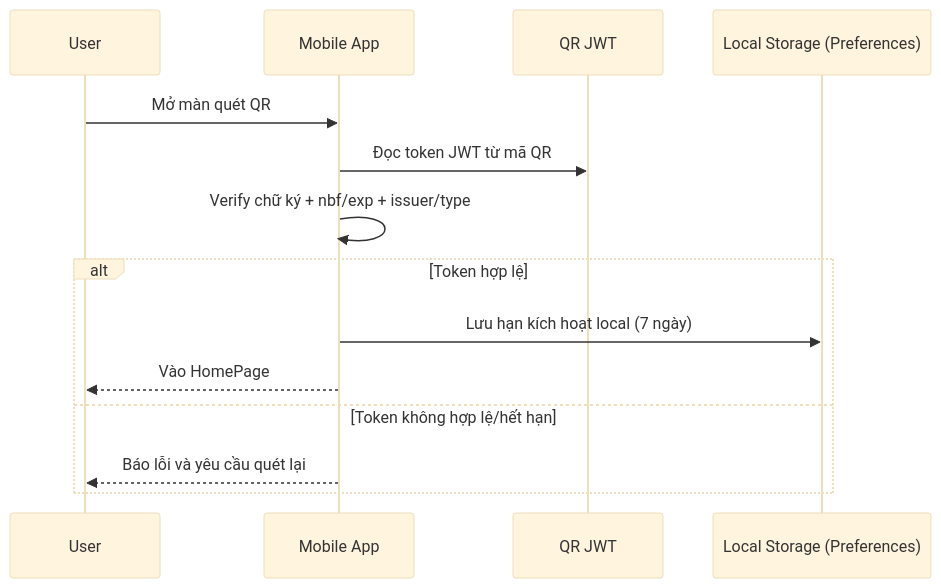
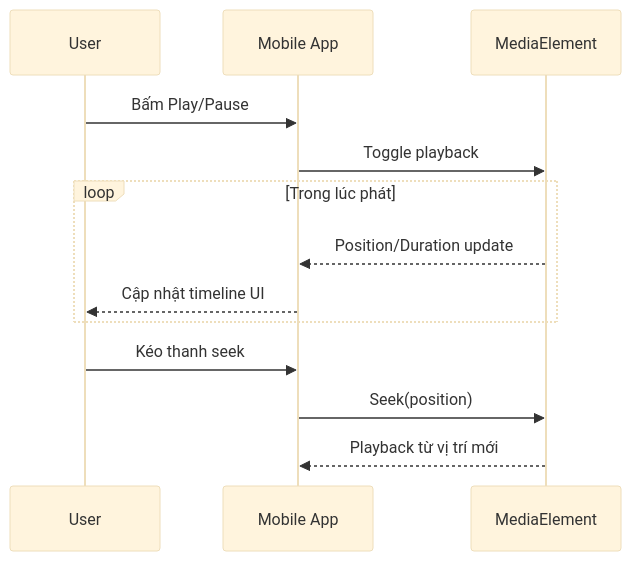
Before and after one commit to NguyenPhuc-Du/StreetFood: diagram 14 of 46 in prd.md, drawn with Mermaid (base theme). The commit also changed other lines of this file and 1 other file, not shown here.

````diff
--- a/prd.md
+++ b/prd.md
@@ -839,17 +849,15 @@
 ```mermaid
 sequenceDiagram
     participant U as User
     participant M as Mobile App
-    participant QR as QR JWT
-    participant S as Local Storage (Preferences)
-
-    U->>M: Mở màn quét QR
-    M->>QR: Đọc token JWT từ mã QR
-    M->>M: Verify chữ ký + nbf/exp + issuer/type
-    alt Token hợp lệ
-        M->>S: Lưu hạn kích hoạt local (7 ngày)
-        M-->>U: Vào HomePage
-    else Token không hợp lệ/hết hạn
-        M-->>U: Báo lỗi và yêu cầu quét lại
+    participant P as MediaElement
+    U->>M: Bấm Play/Pause
+    M->>P: Toggle playback
+    loop Trong lúc phát
+        P-->>M: Position/Duration update
+        M-->>U: Cập nhật timeline UI
     end
+    U->>M: Kéo thanh seek
+    M->>P: Seek(position)
+    P-->>M: Playback từ vị trí mới
 ```
````
